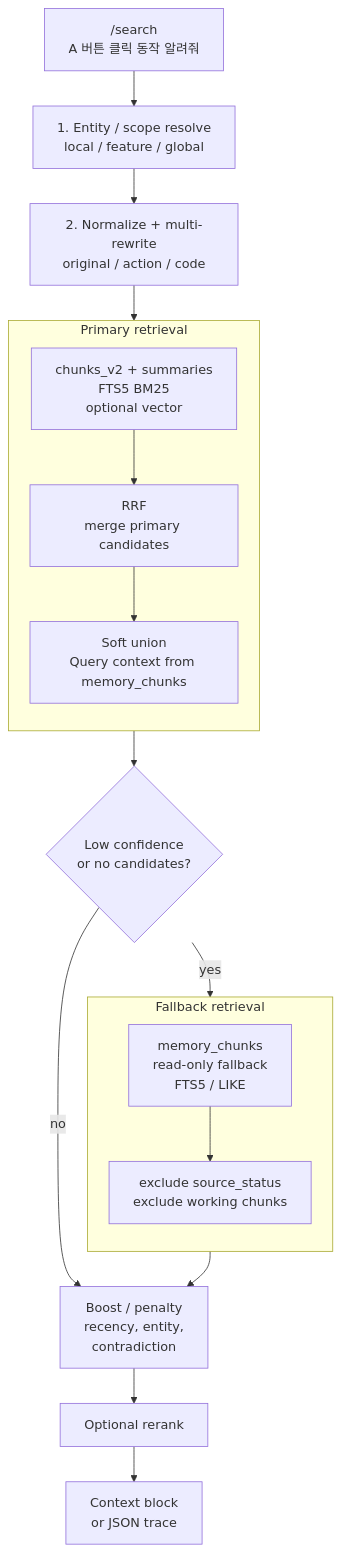
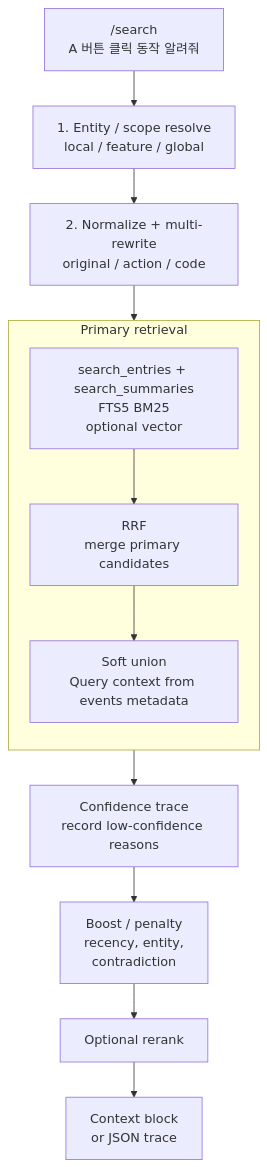
One commit to taeuk178/MultiAgentCLI changed the third of 4 diagrams in Document/flow.md. Above: the diagram before and after it, drawn with Mermaid. The commit also changed other lines of this file and 33 other files, not shown here.

First line of the commit message:
search_entries 통합 스키마 구현

````diff
--- a/Document/flow.md
+++ b/Document/flow.md
@@ -644,31 +583,23 @@
 ```mermaid
 %%{init: {'flowchart': {'useMaxWidth': true, 'rankSpacing': 44, 'nodeSpacing': 34}, 'theme': 'default'}}%%
 flowchart TB
     Q["/search<br/>A 버튼 클릭 동작 알려줘"]
     RES["1. Entity / scope resolve<br/>local / feature / global"]
     SURF["2. Normalize + multi-rewrite<br/>original / action / code"]
 
     subgraph PRIMARY["Primary retrieval"]
       direction TB
-      DOCS["chunks_v2 + summaries<br/>FTS5 BM25<br/>optional vector"]
+      DOCS["search_entries + search_summaries<br/>FTS5 BM25<br/>optional vector"]
       RRF["RRF<br/>merge primary candidates"]
-      OVER["Soft union<br/>Query context from memory_chunks"]
+      OVER["Soft union<br/>Query context from events metadata"]
     end
 
-    LOW{"Low confidence<br/>or no candidates?"}
-
-    subgraph FALLBACK["Fallback retrieval"]
-      direction TB
-      MEMFB["memory_chunks<br/>read-only fallback<br/>FTS5 / LIKE"]
-      FILTER["exclude source_status<br/>exclude working chunks"]
-    end
+    CONF["Confidence trace<br/>record low-confidence reasons"]
 
     RANK["Boost / penalty<br/>recency, entity,<br/>contradiction"]
     RR["Optional rerank"]
     OUT["Context block<br/>or JSON trace"]
 
-    Q --> RES --> SURF --> DOCS --> RRF --> OVER --> LOW
-    LOW -- yes --> MEMFB --> FILTER --> RANK
-    LOW -- no --> RANK
+    Q --> RES --> SURF --> DOCS --> RRF --> OVER --> CONF --> RANK
     RANK --> RR --> OUT
 ```
````
